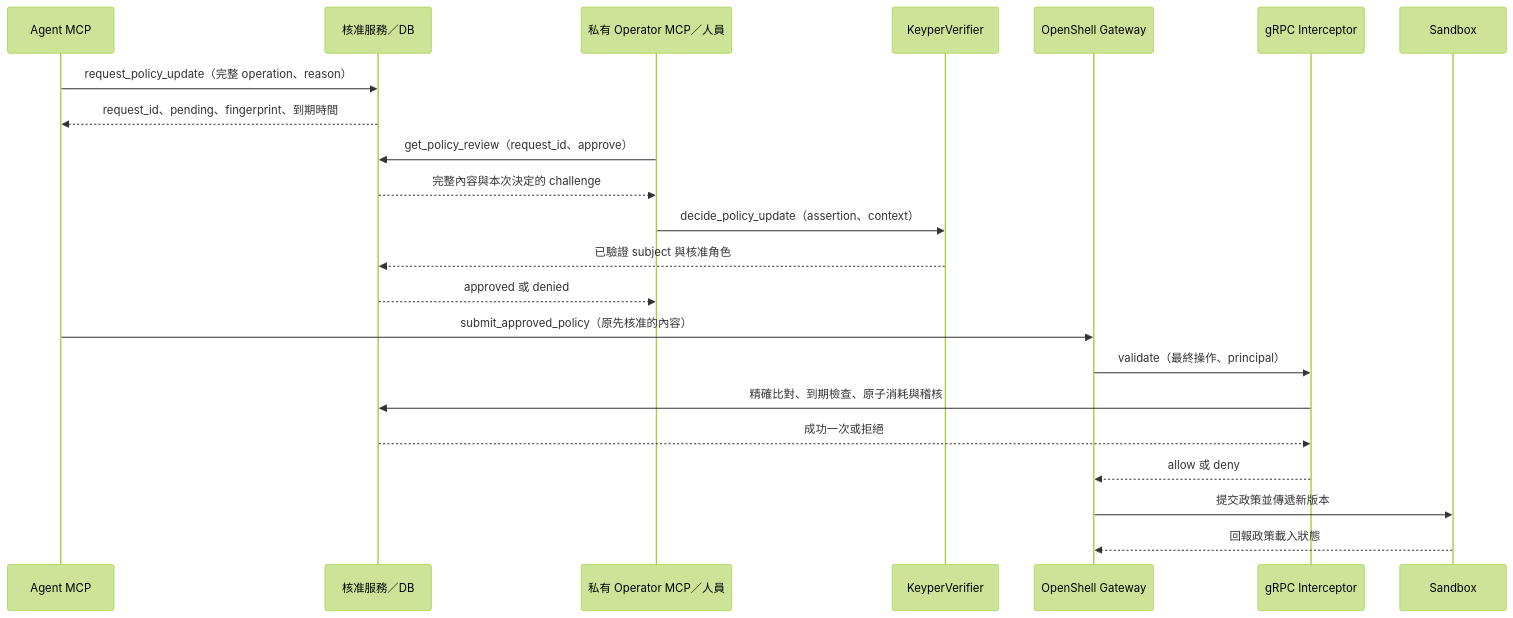
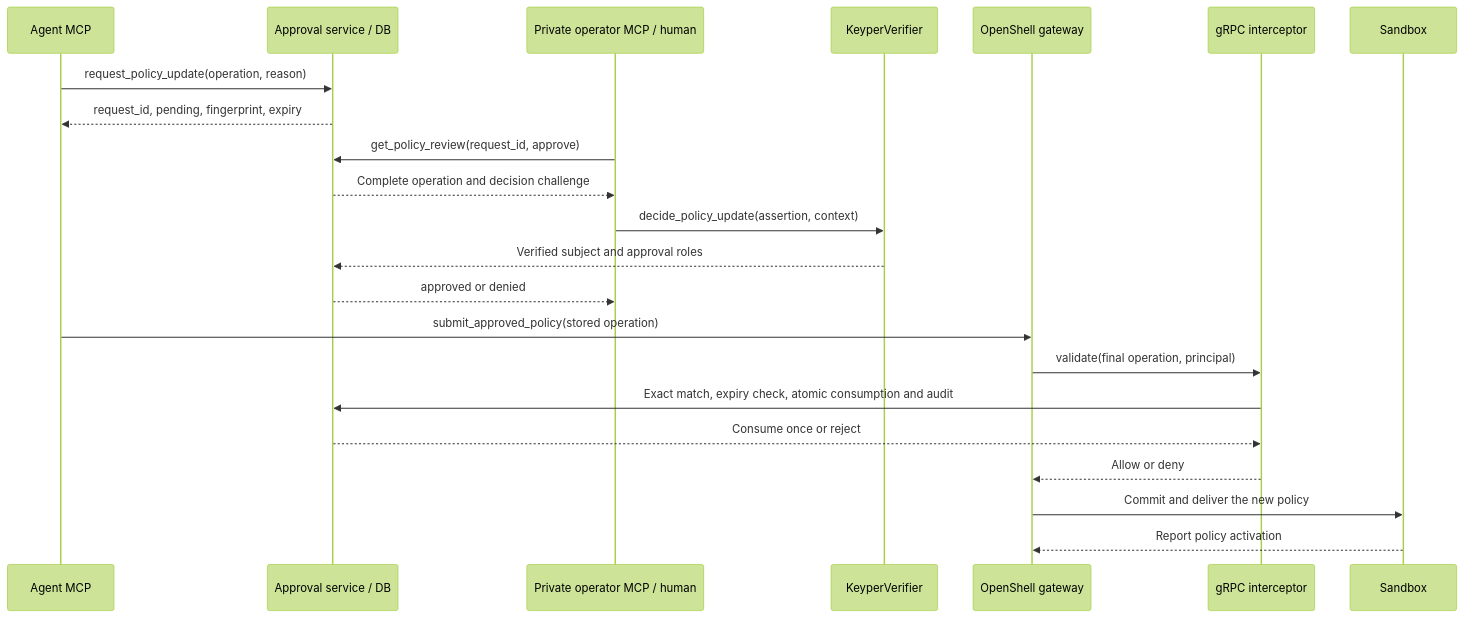
One commit to pecutsai-dev/openshell-keyper-lab changed the second of 2 diagrams in README.md. Above: the diagram before and after it, drawn with Mermaid (forest theme). The commit also changed other lines of this file and 3 other files, not shown here.

````diff
--- a/README.md
+++ b/README.md
@@ -66,24 +72,24 @@
 ```mermaid
 sequenceDiagram
     participant A as Agent MCP
-    participant S as 核准服務／DB
-    participant H as 私有 Operator MCP／人員
+    participant S as Approval service / DB
+    participant H as Private operator MCP / human
     participant K as KeyperVerifier
-    participant G as OpenShell Gateway
-    participant I as gRPC Interceptor
+    participant G as OpenShell gateway
+    participant I as gRPC interceptor
     participant B as Sandbox
-    A->>S: request_policy_update（完整 operation、reason）
-    S-->>A: request_id、pending、fingerprint、到期時間
-    H->>S: get_policy_review（request_id、approve）
-    S-->>H: 完整內容與本次決定的 challenge
-    H->>K: decide_policy_update（assertion、context）
-    K-->>S: 已驗證 subject 與核准角色
-    S-->>H: approved 或 denied
-    A->>G: submit_approved_policy（原先核准的內容）
-    G->>I: validate（最終操作、principal）
-    I->>S: 精確比對、到期檢查、原子消耗與稽核
-    S-->>I: 成功一次或拒絕
-    I-->>G: allow 或 deny
-    G->>B: 提交政策並傳遞新版本
-    B-->>G: 回報政策載入狀態
+    A->>S: request_policy_update(operation, reason)
+    S-->>A: request_id, pending, fingerprint, expiry
+    H->>S: get_policy_review(request_id, approve)
+    S-->>H: Complete operation and decision challenge
+    H->>K: decide_policy_update(assertion, context)
+    K-->>S: Verified subject and approval roles
+    S-->>H: approved or denied
+    A->>G: submit_approved_policy(stored operation)
+    G->>I: validate(final operation, principal)
+    I->>S: Exact match, expiry check, atomic consumption and audit
+    S-->>I: Consume once or reject
+    I-->>G: Allow or deny
+    G->>B: Commit and deliver the new policy
+    B-->>G: Report policy activation
 ```
````
